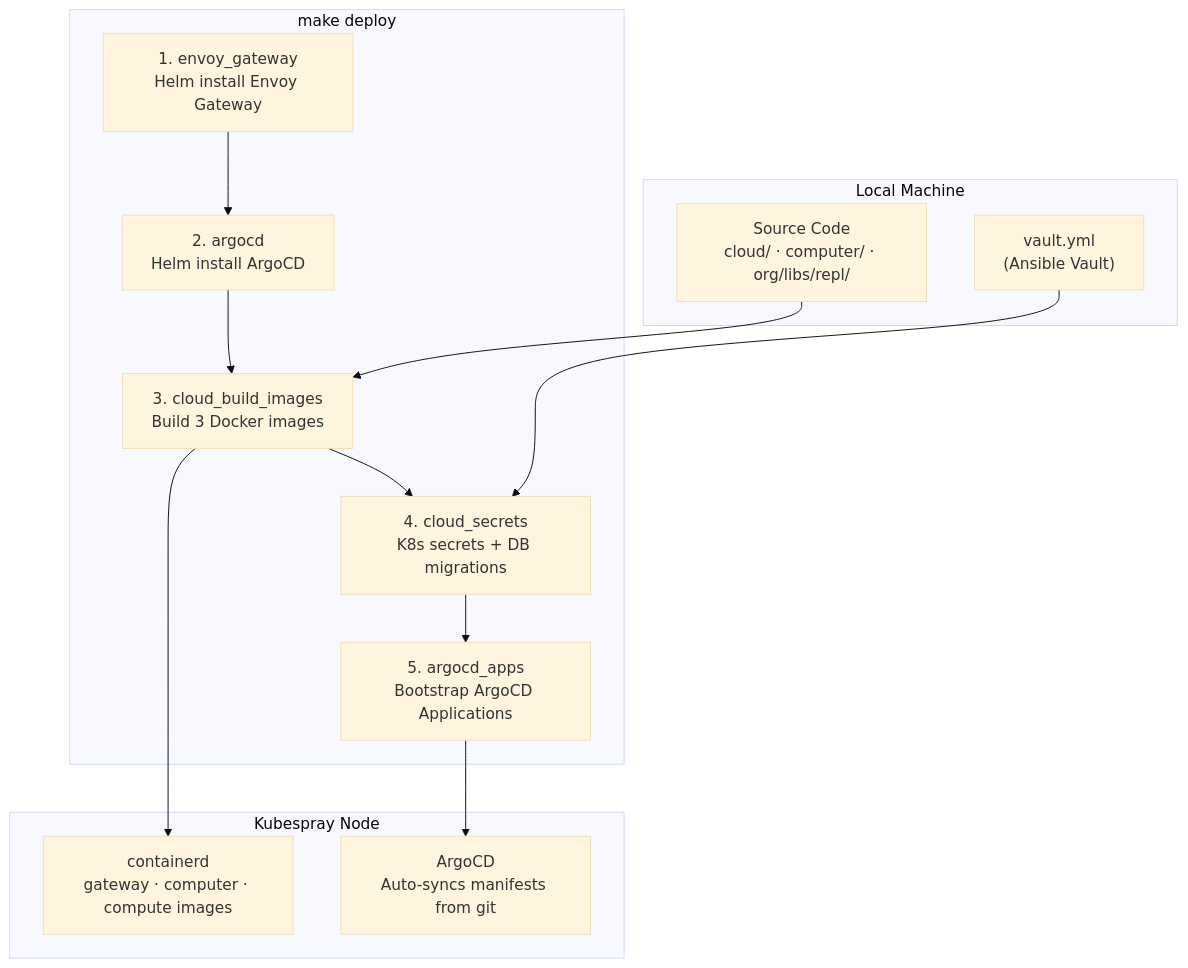
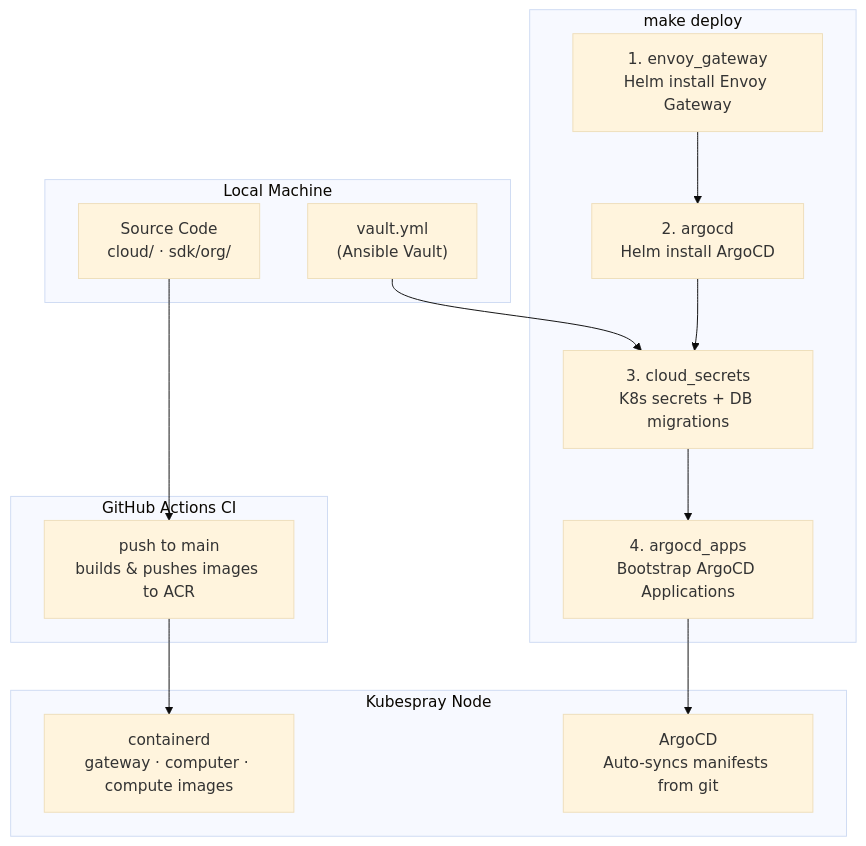
The fifth of 7 diagrams in devops/README.md (lmthing/lmthing), drawn with Mermaid (base theme) before and after one commit. The commit also changed other lines of this file and 16 other files, not shown here.

````diff
--- a/devops/README.md
+++ b/devops/README.md
@@ -150,26 +150,29 @@
 ```mermaid
 graph TD
     subgraph Local["Local Machine"]
-        Code["Source Code<br/>cloud/ · computer/ · org/libs/repl/"]
+        Code["Source Code<br/>cloud/ · sdk/org/"]
         Vault["vault.yml<br/>(Ansible Vault)"]
+    end
+
+    subgraph CI["GitHub Actions CI"]
+        Build["push to main<br/>builds & pushes images to ACR"]
     end
 
     subgraph Ansible["make deploy"]
         R1["1. envoy_gateway<br/>Helm install Envoy Gateway"]
         R2["2. argocd<br/>Helm install ArgoCD"]
-        R3["3. cloud_build_images<br/>Build 3 Docker images"]
-        R4["4. cloud_secrets<br/>K8s secrets + DB migrations"]
-        R5["5. argocd_apps<br/>Bootstrap ArgoCD Applications"]
-        R1 --> R2 --> R3 --> R4 --> R5
+        R3["3. cloud_secrets<br/>K8s secrets + DB migrations"]
+        R4["4. argocd_apps<br/>Bootstrap ArgoCD Applications"]
+        R1 --> R2 --> R3 --> R4
     end
 
     subgraph Node["Kubespray Node"]
         Containerd["containerd<br/>gateway · computer · compute images"]
         ArgoCD["ArgoCD<br/>Auto-syncs manifests from git"]
     end
 
-    Code --> R3
-    Vault --> R4
-    R3 --> Containerd
-    R5 --> ArgoCD
+    Code --> Build
+    Build --> Containerd
+    Vault --> R3
+    R4 --> ArgoCD
 ```
````
